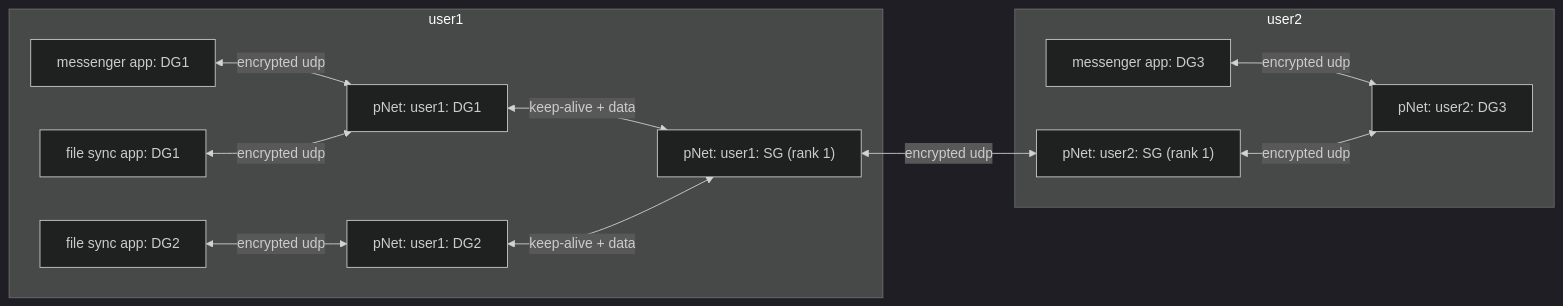
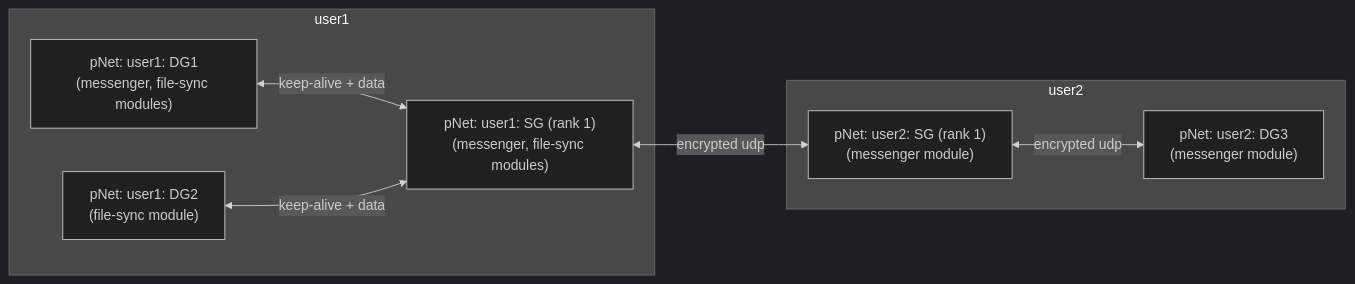
One commit to Cognaiscance/pNet changed the first of 2 diagrams in descriptions/Data transport diagram.md. Above: the diagram before and after it, drawn with Mermaid (dark theme). The commit also changed other lines of this file and 14 other files, not shown here.

````diff
--- a/descriptions/Data transport diagram.md
+++ b/descriptions/Data transport diagram.md
@@ -18,27 +18,18 @@
 ```mermaid
 flowchart LR
     subgraph user1
-        A[messenger app: DG1]
-        B[file sync app: DG1]
-        DG1[pNet: user1: DG1]
-        D[file sync app: DG2]
-        DG2[pNet: user1: DG2]
-        SG1["pNet: user1: SG (rank 1)"]
+        DG1["pNet: user1: DG1<br/>(messenger, file-sync modules)"]
+        DG2["pNet: user1: DG2<br/>(file-sync module)"]
+        SG1["pNet: user1: SG (rank 1)<br/>(messenger, file-sync modules)"]
     end
 
     subgraph user2
-        C[messenger app: DG3]
-        DG3[pNet: user2: DG3]
-        SG2["pNet: user2: SG (rank 1)"]
+        DG3["pNet: user2: DG3<br/>(messenger module)"]
+        SG2["pNet: user2: SG (rank 1)<br/>(messenger module)"]
     end
-
-    A <-->|encrypted udp|DG1
-    B <-->|encrypted udp|DG1
-    D <-->|encrypted udp|DG2
-    C <-->|encrypted udp|DG3
 
     DG1 <-->|keep-alive + data|SG1
     DG2 <-->|keep-alive + data|SG1
     SG1 <-->|encrypted udp|SG2
     SG2 <-->|encrypted udp|DG3
 ```
````
